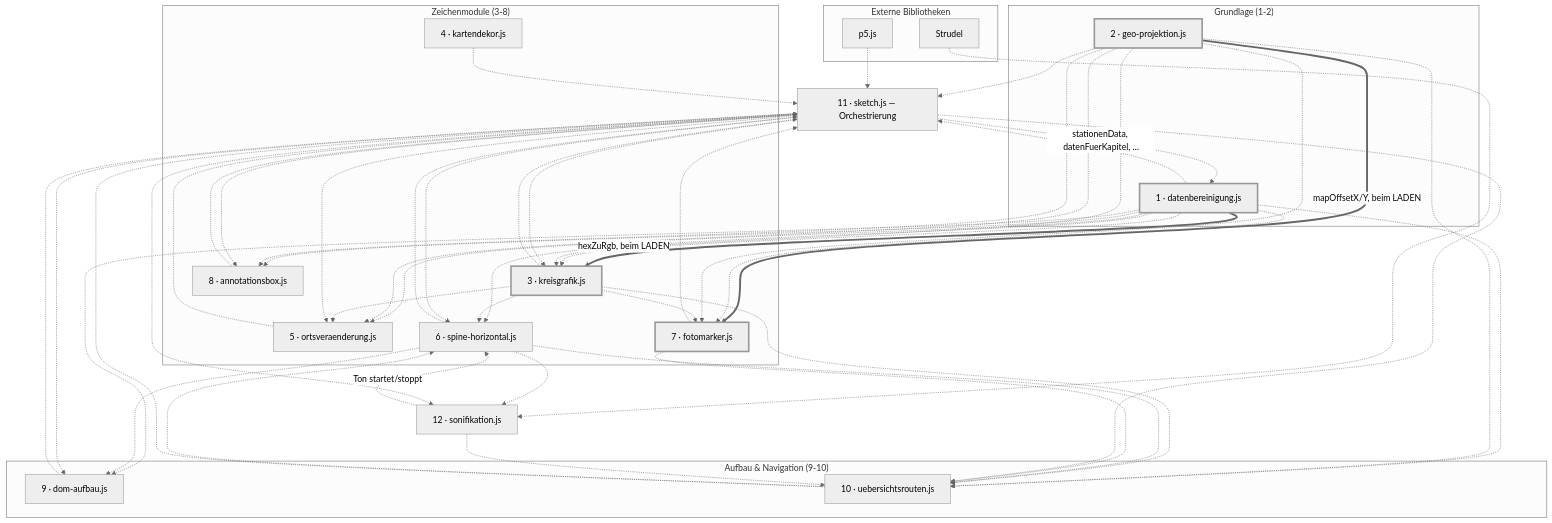
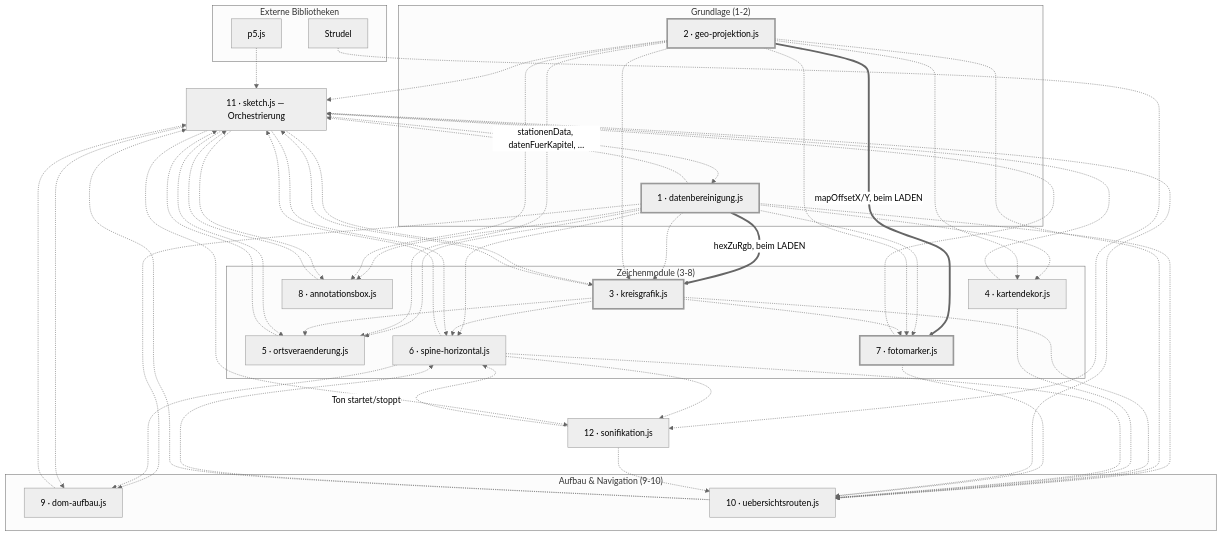
Before and after one commit to charis-arnold/bel-ami-v3: the first of 2 diagrams in docs/architektur.md, drawn with Mermaid (neutral theme). The commit also changed other lines of this file and 2 other files, not shown here.

````diff
--- a/docs/architektur.md
+++ b/docs/architektur.md
@@ -155,54 +156,54 @@
 ```mermaid
 graph TD
     subgraph extern["Externe Bibliotheken"]
         P5["p5.js"]
         ST["Strudel"]
     end
 
     subgraph grundlage["Grundlage (1-2)"]
         DB["1 · datenbereinigung.js"]
         GEO["2 · geo-projektion.js"]
     end
 
     subgraph zeichnen["Zeichenmodule (3-8)"]
         KG["3 · kreisgrafik.js"]
         KD["4 · kartendekor.js"]
         OV["5 · ortsveraenderung.js"]
         SH["6 · spine-horizontal.js"]
         FM["7 · fotomarker.js"]
         AB["8 · annotationsbox.js"]
     end
 
     subgraph aufbau["Aufbau & Navigation (9-10)"]
         DOM["9 · dom-aufbau.js"]
         UR["10 · uebersichtsrouten.js"]
     end
 
     SK["11 · sketch.js — Orchestrierung"]
     SO["12 · sonifikation.js"]
 
     DB ==>|"hexZuRgb, beim LADEN"| KG
     GEO ==>|"mapOffsetX/Y, beim LADEN"| FM
 
     P5 -.-> SK
     ST -.-> SO
 
-    DB -.-> KG & OV & SH & FM & AB & DOM & UR & SK
-    GEO -.-> KG & OV & FM & AB & UR & SK
+    DB -.-> KG & KD & OV & SH & FM & AB & DOM & UR & SK
+    GEO -.-> KG & KD & OV & FM & AB & UR & SK
     KG -.-> OV & SH & FM & UR & SK
-    KD -.-> SK
+    KD -.-> UR & SK
     OV -.-> SK
     SH -.-> DOM & UR & SK & SO
     FM -.-> UR & SK
     AB -.-> SK
     DOM -.-> SK
     UR -.-> SH & SK
 
     SK -.->|"stationenData, datenFuerKapitel, …"| DB
     SK -.-> KG & OV & SH & AB & DOM & UR & SO
     SO -.->|"Ton startet/stoppt"| SH
     SO -.-> UR
 
     classDef ladezeit stroke-width:3px
     class DB,GEO,KG,FM ladezeit
 ```
````
